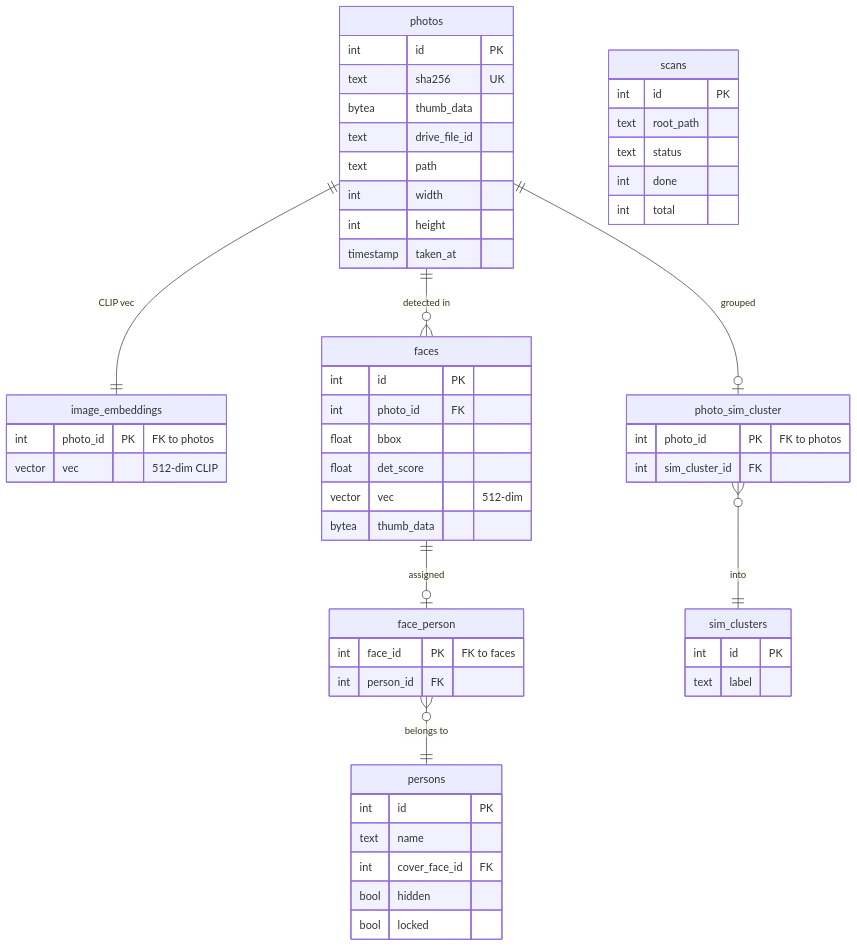
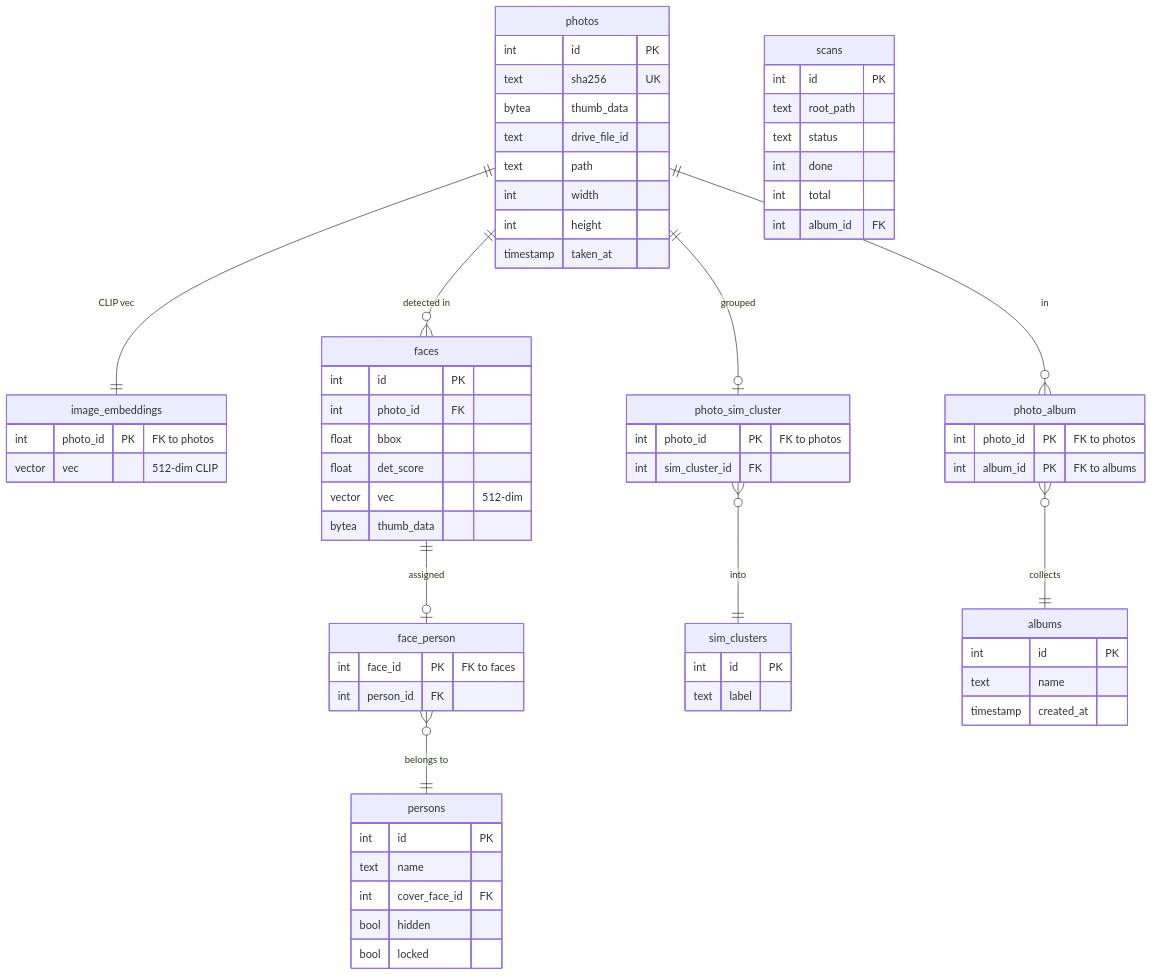
The first of 5 diagrams in docs/architecture.md (DeKal/photo-gallery), drawn with Mermaid before and after one commit. The commit also changed other lines of this file and 26 other files, not shown here.

First line of the commit message:
feat(albums): album-scoped People/Similar, album filters, face download

````diff
--- a/docs/architecture.md
+++ b/docs/architecture.md
@@ -40,58 +40,70 @@
 ```mermaid
 erDiagram
     photos ||--|| image_embeddings : "CLIP vec"
     photos ||--o{ faces : "detected in"
     faces ||--o| face_person : "assigned"
     face_person }o--|| persons : "belongs to"
     photos ||--o| photo_sim_cluster : "grouped"
     photo_sim_cluster }o--|| sim_clusters : "into"
+    photos ||--o{ photo_album : "in"
+    photo_album }o--|| albums : "collects"
 
     photos {
         int id PK
         text sha256 UK
         bytea thumb_data
         text drive_file_id
         text path
         int width
         int height
         timestamp taken_at
     }
     image_embeddings {
         int photo_id PK "FK to photos"
         vector vec "512-dim CLIP"
     }
     faces {
         int id PK
         int photo_id FK
         float bbox
         float det_score
         vector vec "512-dim"
         bytea thumb_data
     }
     face_person {
         int face_id PK "FK to faces"
         int person_id FK
     }
     persons {
         int id PK
         text name
         int cover_face_id FK
         bool hidden
         bool locked
     }
     sim_clusters {
         int id PK
         text label
     }
     photo_sim_cluster {
         int photo_id PK "FK to photos"
         int sim_cluster_id FK
     }
     scans {
         int id PK
         text root_path
         text status
         int done
         int total
+        int album_id FK
+    }
+    albums {
+        int id PK
+        text name
+        timestamp created_at
+    }
+    photo_album {
+        int photo_id PK "FK to photos"
+        int album_id PK "FK to albums"
     }
 ```
````
